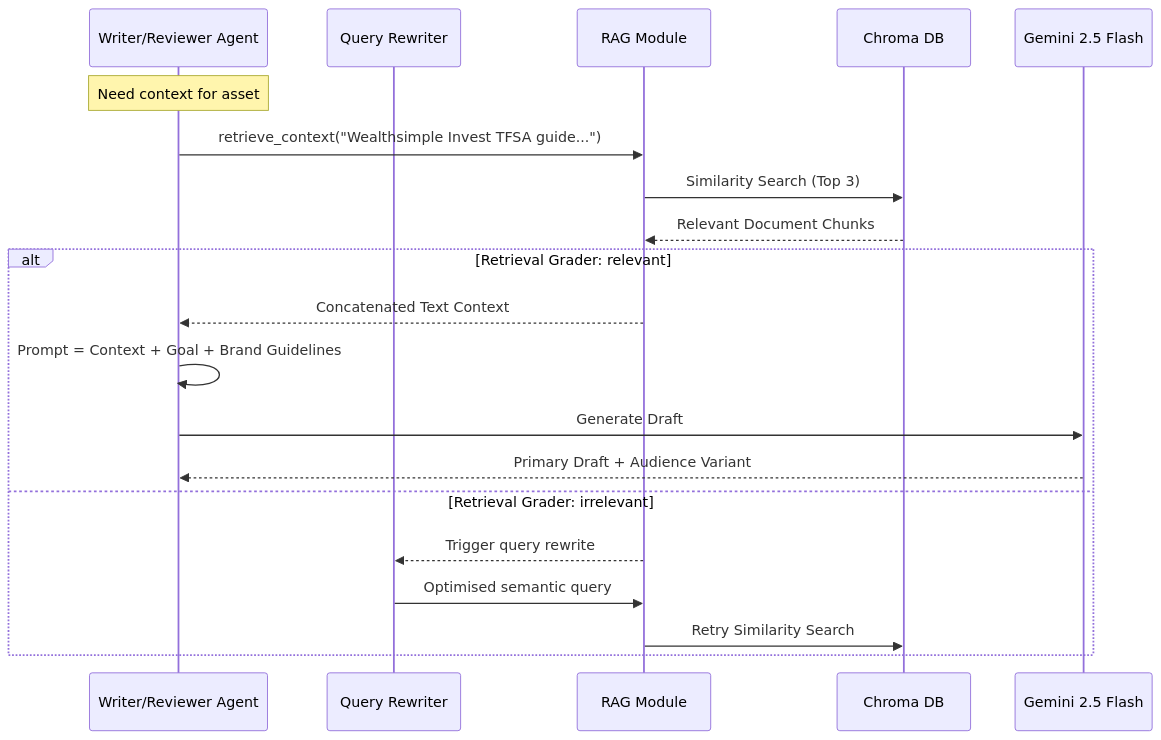
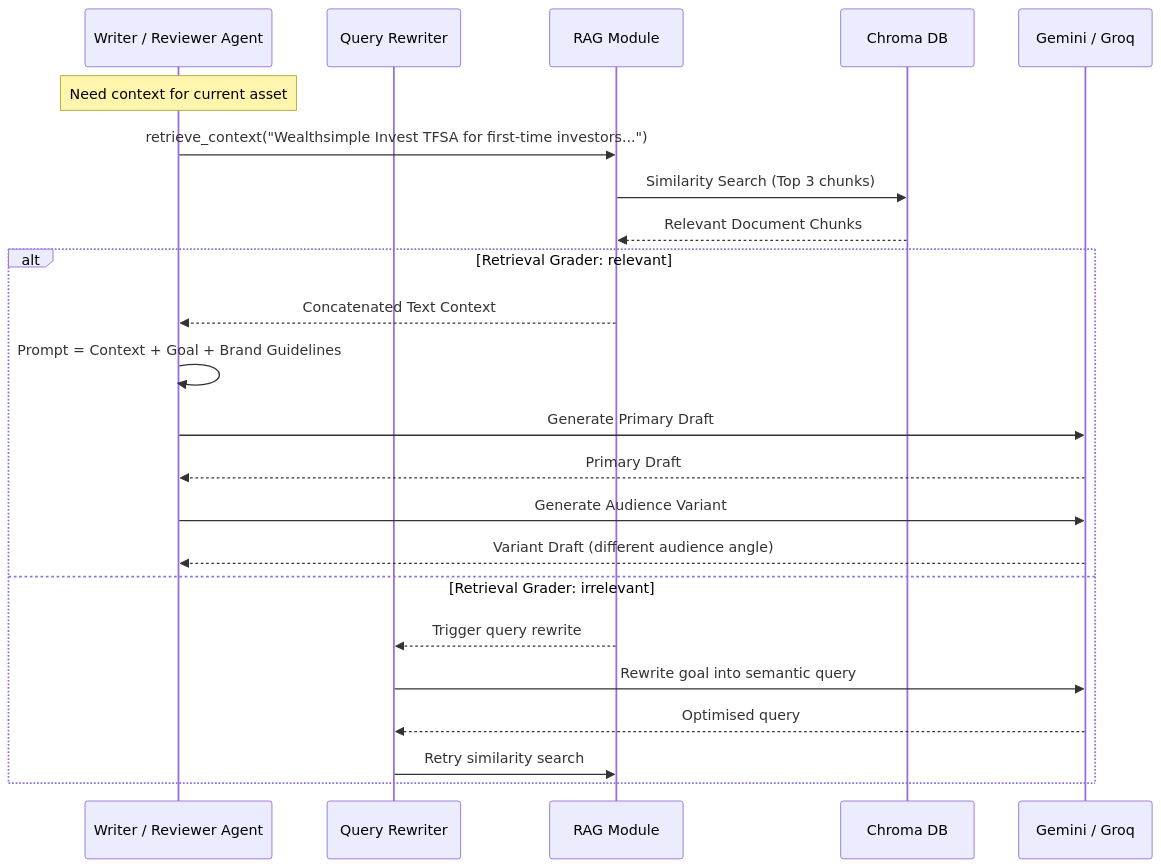
One commit to Chaitanya-0310/Multi_Model_AI_Agent changed the fourth of 4 diagrams in rag_architecture.md. Above: the diagram before and after it, drawn with Mermaid. The commit also changed other lines of this file and 4 other files, not shown here.

Commit message:
Updated Architecture

````diff
--- a/rag_architecture.md
+++ b/rag_architecture.md
@@ -169,24 +222,27 @@
 ```mermaid
 sequenceDiagram
-    participant Agent as Writer/Reviewer Agent
+    participant Agent as Writer / Reviewer Agent
     participant QR as Query Rewriter
     participant Rag as RAG Module
     participant DB as Chroma DB
-    participant LLM as Gemini 2.5 Flash
+    participant LLM as Gemini / Groq
 
-    Note over Agent: Need context for asset
-    Agent->>Rag: retrieve_context("Wealthsimple Invest TFSA guide...")
-    Rag->>DB: Similarity Search (Top 3)
+    Note over Agent: Need context for current asset
+    Agent->>Rag: retrieve_context("Wealthsimple Invest TFSA for first-time investors...")
+    Rag->>DB: Similarity Search (Top 3 chunks)
     DB-->>Rag: Relevant Document Chunks
 
     alt Retrieval Grader: relevant
         Rag-->>Agent: Concatenated Text Context
         Agent->>Agent: Prompt = Context + Goal + Brand Guidelines
-        Agent->>LLM: Generate Draft
-        LLM-->>Agent: Primary Draft + Audience Variant
+        Agent->>LLM: Generate Primary Draft
+        LLM-->>Agent: Primary Draft
+        Agent->>LLM: Generate Audience Variant
+        LLM-->>Agent: Variant Draft (different audience angle)
     else Retrieval Grader: irrelevant
         Rag-->>QR: Trigger query rewrite
-        QR->>Rag: Optimised semantic query
-        Rag->>DB: Retry Similarity Search
+        QR->>LLM: Rewrite goal into semantic query
+        LLM-->>QR: Optimised query
+        QR->>Rag: Retry similarity search
     end
 ```
````
